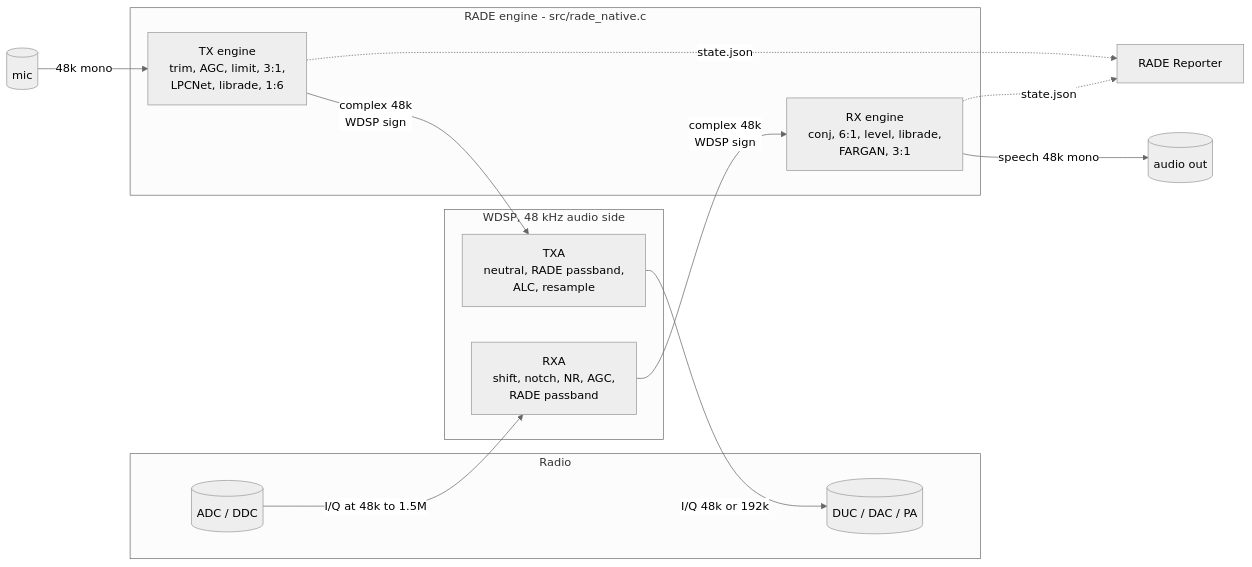
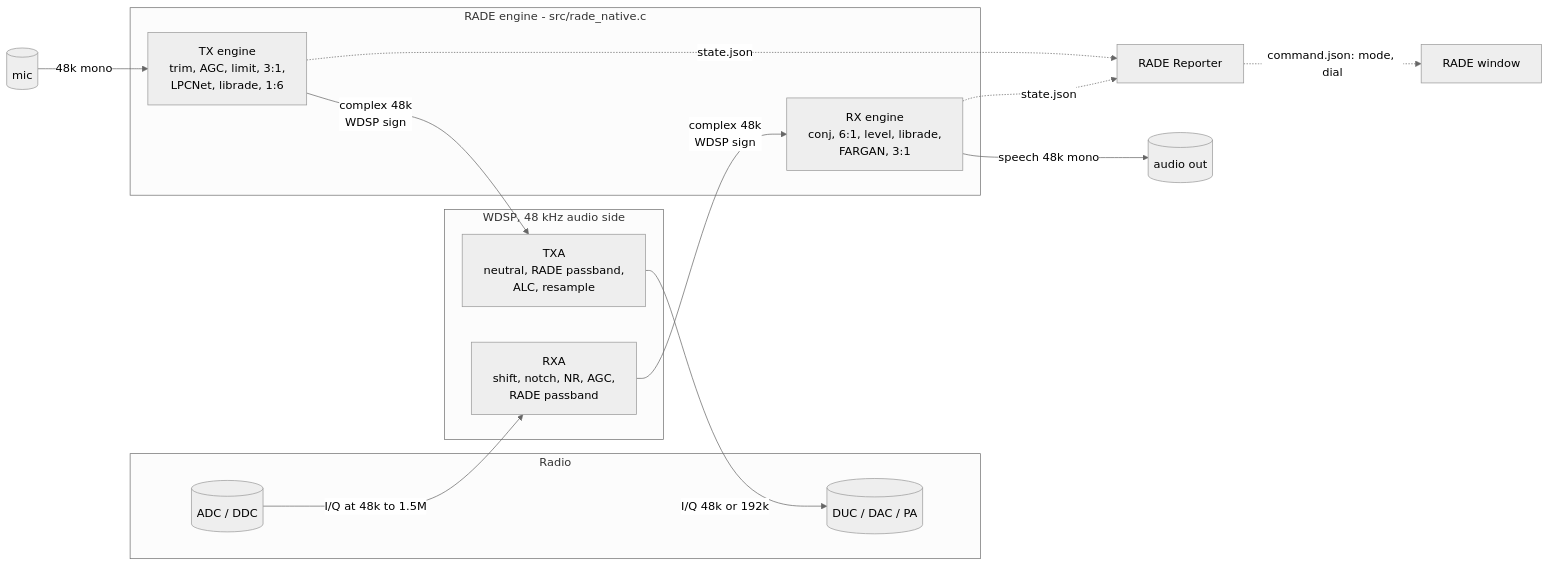
The first of 4 diagrams in docs/rade/signal-paths.md (bminish/pihpsdr), drawn with Mermaid (neutral theme) before and after one commit. The commit also changed other lines of this file and 11 other files, not shown here.

First line of the commit message:
rade-native: Reporter tunes the radio (command.json), TX state no longer fooled by the end of a TUNE; trim_capture.py

````diff
--- a/docs/rade/signal-paths.md
+++ b/docs/rade/signal-paths.md
@@ -14,23 +14,24 @@
 ```mermaid
 flowchart LR
   subgraph radio[Radio]
     ADC[(ADC / DDC)]
     DAC[(DUC / DAC / PA)]
   end
   subgraph wdsp[WDSP, 48 kHz audio side]
     RXA[RXA\nshift, notch, NR, AGC,\nRADE passband]
     TXA[TXA\nneutral, RADE passband,\nALC, resample]
   end
   subgraph eng[RADE engine - src/rade_native.c]
     RXE[RX engine\nconj, 6:1, level, librade,\nFARGAN, 3:1]
     TXE[TX engine\ntrim, AGC, limit, 3:1,\nLPCNet, librade, 1:6]
   end
   ADC -->|I/Q at 48k to 1.5M| RXA
   RXA -->|complex 48k\nWDSP sign| RXE
   RXE -->|speech 48k mono| SPK[(audio out)]
   MIC[(mic)] -->|48k mono| TXE
   TXE -->|complex 48k\nWDSP sign| TXA
   TXA -->|I/Q 48k or 192k| DAC
   RXE -.->|state.json| REP[RADE Reporter]
   TXE -.->|state.json| REP
+  REP -.->|command.json: mode, dial| MENU[RADE window]
 ```
````
